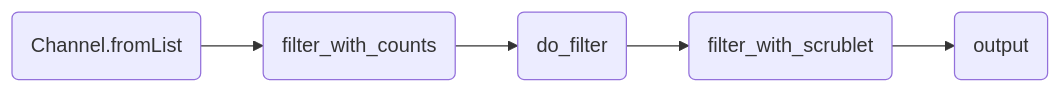
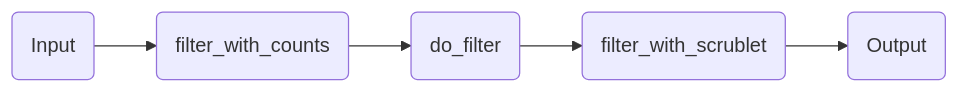
Before and after one commit to openpipelines-bio/website: the diagram in components/workflow_multiomics_rna_singlesample.qmd, drawn with Mermaid. The commit also changed 6 other files, not shown here.

Commit message:
update pipeline graphs

````diff
--- a/components/workflow_multiomics_rna_singlesample.qmd
+++ b/components/workflow_multiomics_rna_singlesample.qmd
@@ -45,14 +45,14 @@
 ```{mermaid}
 %%| column: screen-inset-shaded
 flowchart LR
-    p0(Channel.fromList)
+    p0(Input)
     p8(filter_with_counts)
     p15(do_filter)
     p23(filter_with_scrublet)
-    p30(output)
+    p30(Output)
     p0-->p8
     p8-->p15
     p15-->p23
     p23-->p30
 
 ```
````
